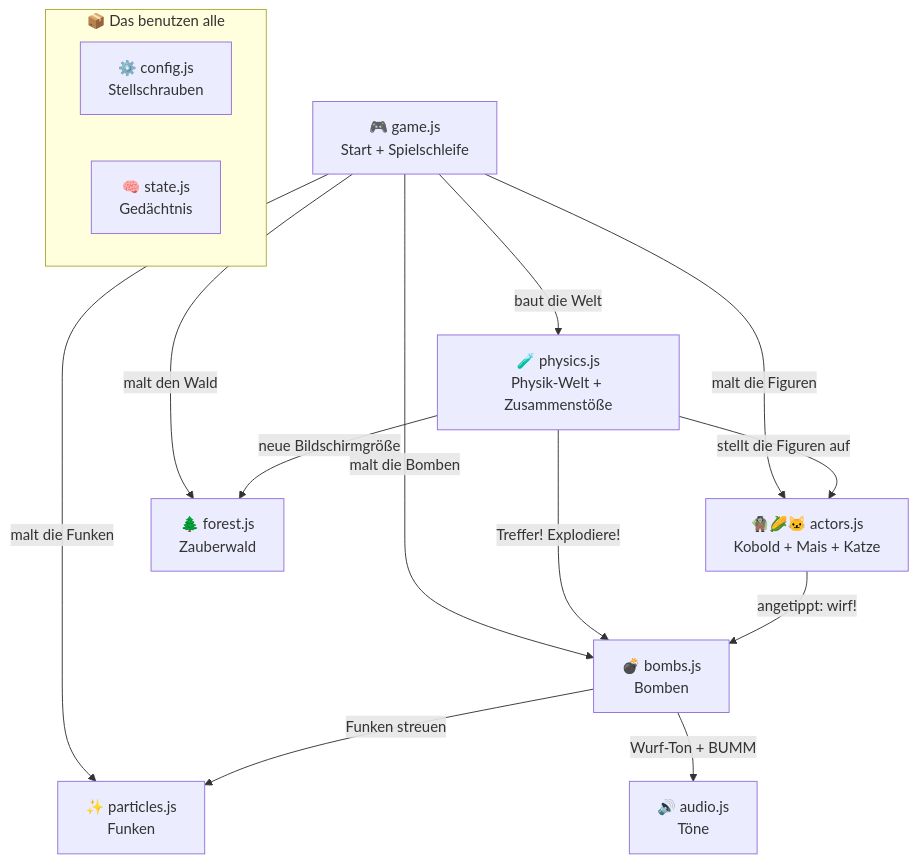
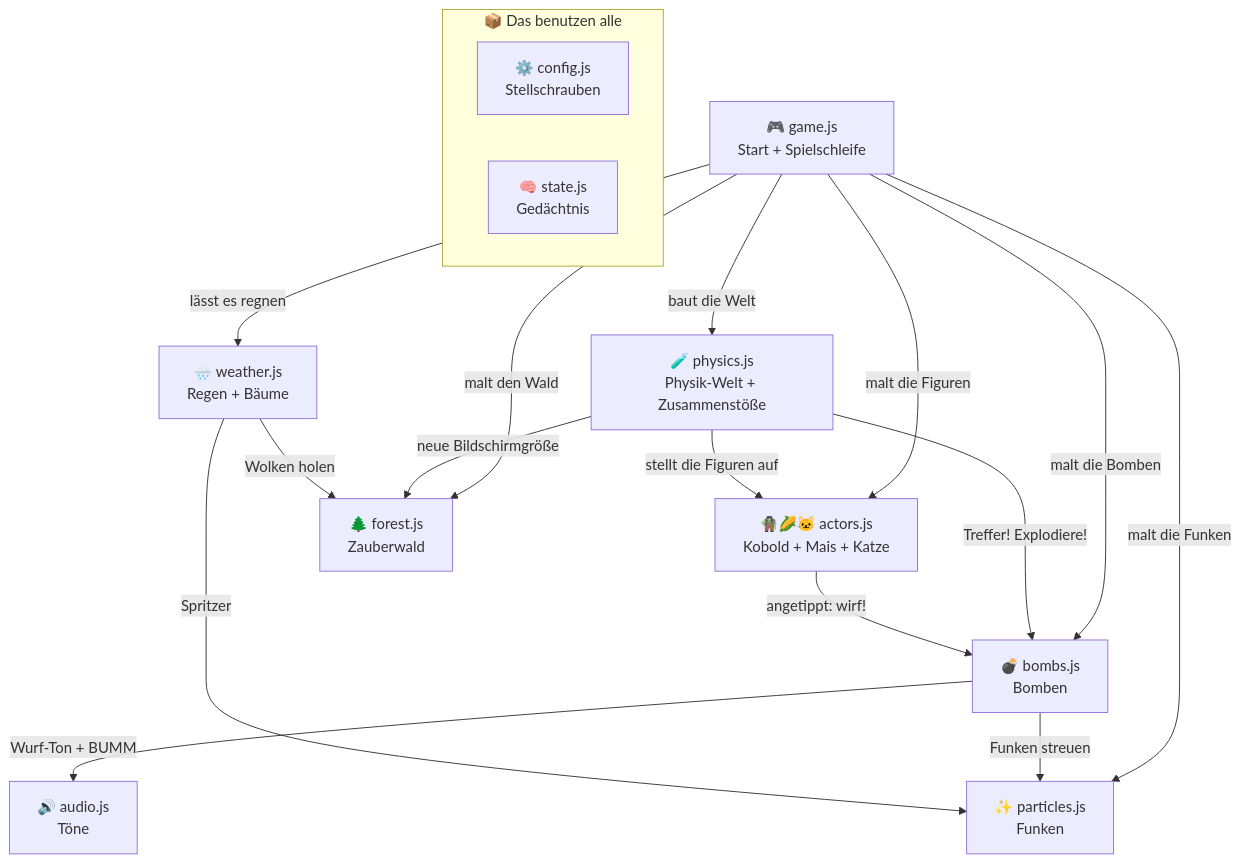
Before and after one commit to felixinberlin/Jugendklub-Lieberose: the diagram in js/README.md, drawn with Mermaid. The commit also changed other lines of this file and 6 other files, not shown here.

First line of the commit message:
Es regnet aus den Wolken und unten wachsen Bäume 🌧️🌱🌳

````diff
--- a/js/README.md
+++ b/js/README.md
@@ -28,29 +29,33 @@
 ```mermaid
 flowchart TD
     game["🎮 game.js<br/>Start + Spielschleife"]
     physics["🧪 physics.js<br/>Physik-Welt + Zusammenstöße"]
     actors["🧌🌽🐱 actors.js<br/>Kobold + Mais + Katze"]
     bombs["💣 bombs.js<br/>Bomben"]
     forest["🌲 forest.js<br/>Zauberwald"]
     particles["✨ particles.js<br/>Funken"]
+    weather["🌧️ weather.js<br/>Regen + Bäume"]
     audio["🔊 audio.js<br/>Töne"]
 
     game -->|"baut die Welt"| physics
     game -->|"malt den Wald"| forest
+    game -->|"lässt es regnen"| weather
     game -->|"malt die Figuren"| actors
     game -->|"malt die Bomben"| bombs
     game -->|"malt die Funken"| particles
 
     physics -->|"stellt die Figuren auf"| actors
     physics -->|"Treffer! Explodiere!"| bombs
     physics -->|"neue Bildschirmgröße"| forest
 
     actors -->|"angetippt: wirf!"| bombs
     bombs -->|"Funken streuen"| particles
     bombs -->|"Wurf-Ton + BUMM"| audio
+    weather -->|"Spritzer"| particles
+    weather -->|"Wolken holen"| forest
 
     subgraph alle ["📦 Das benutzen alle"]
         config["⚙️ config.js<br/>Stellschrauben"]
         state["🧠 state.js<br/>Gedächtnis"]
     end
 ```
````
